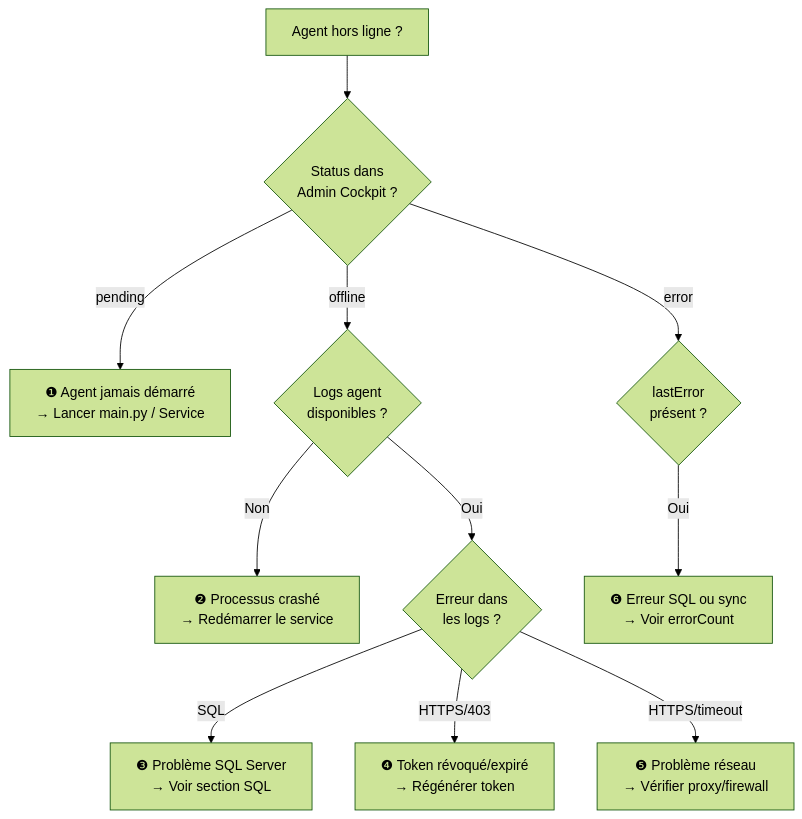
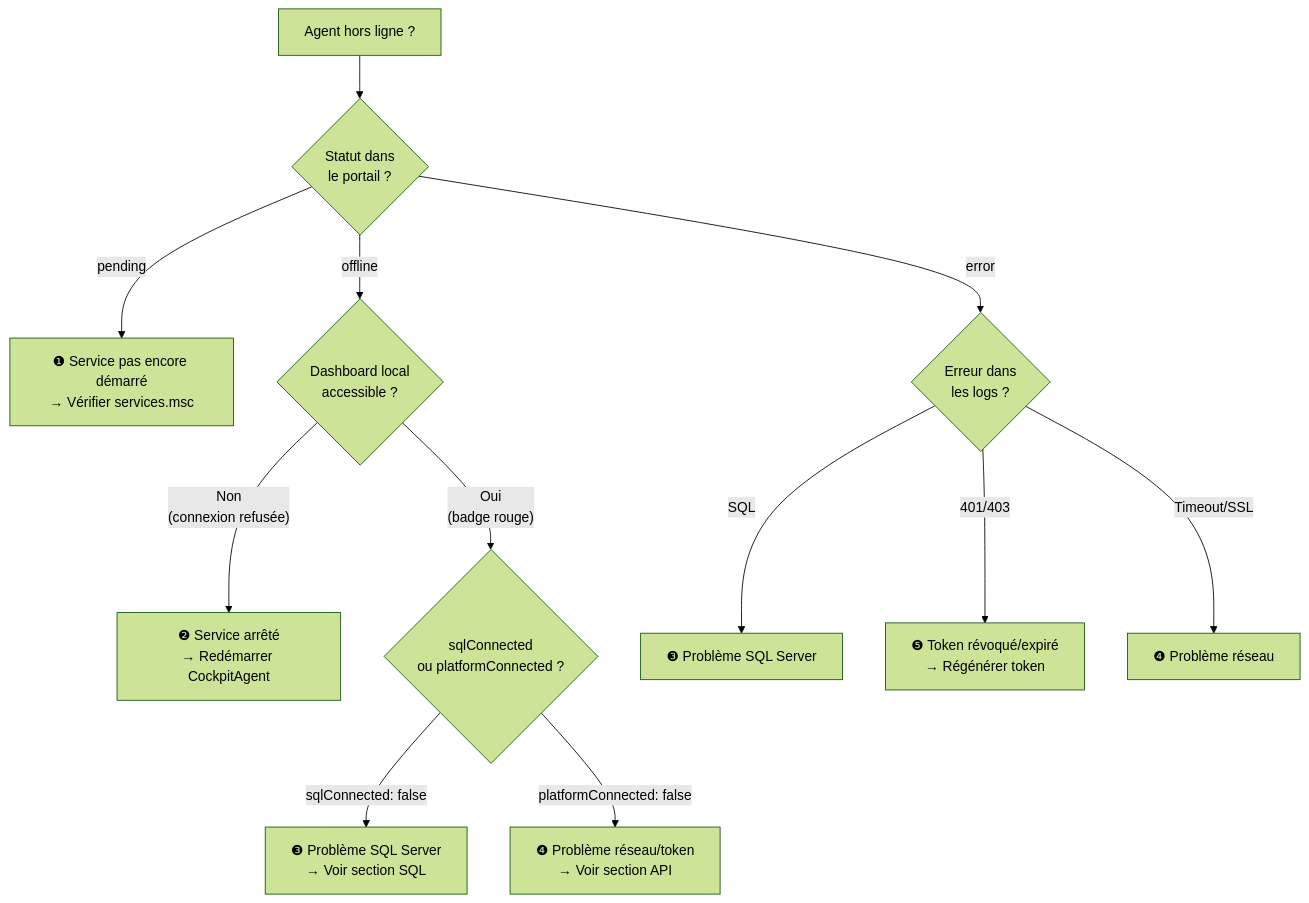
Before and after one commit to AbdoulDiouf2/Insightsage_backend: the diagram in docs/agent/troubleshooting.md, drawn with Mermaid (forest theme). The commit also changed other lines of this file and 14 other files, not shown here.

Commit message:
feat: implement backend support for Cockpit Agent including authentication, ingestion, and documentation.

````diff
--- a/docs/agent/troubleshooting.md
+++ b/docs/agent/troubleshooting.md
@@ -10,16 +10,17 @@
 ```mermaid
 graph TD
-    START["Agent hors ligne ?"] --> CHECK1{"Status dans\nAdmin Cockpit ?"}
-    CHECK1 -->|"pending"| FIX1["❶ Agent jamais démarré\n→ Lancer main.py / Service"]
-    CHECK1 -->|"offline"| CHECK2{"Logs agent\ndisponibles ?"}
-    CHECK1 -->|"error"| CHECK3{"lastError\nprésent ?"}
+    START["Agent hors ligne ?"] --> CHECK1{"Statut dans\nle portail ?"}
+    CHECK1 -->|"pending"| FIX1["❶ Service pas encore démarré\n→ Vérifier services.msc"]
+    CHECK1 -->|"offline"| CHECK2{"Dashboard local\naccessible ?"}
+    CHECK1 -->|"error"| CHECK4{"Erreur dans\nles logs ?"}
 
-    CHECK2 -->|"Non"| FIX2["❷ Processus crashé\n→ Redémarrer le service"]
-    CHECK2 -->|"Oui"| CHECK4{"Erreur dans\nles logs ?"}
+    CHECK2 -->|"Non\n(connexion refusée)"| FIX2["❷ Service arrêté\n→ Redémarrer CockpitAgent"]
+    CHECK2 -->|"Oui\n(badge rouge)"| CHECK3{"sqlConnected\nou platformConnected ?"}
 
-    CHECK4 -->|"SQL"| FIX3["❸ Problème SQL Server\n→ Voir section SQL"]
-    CHECK4 -->|"HTTPS/403"| FIX4["❹ Token révoqué/expiré\n→ Régénérer token"]
-    CHECK4 -->|"HTTPS/timeout"| FIX5["❺ Problème réseau\n→ Vérifier proxy/firewall"]
+    CHECK3 -->|"sqlConnected: false"| FIX3["❸ Problème SQL Server\n→ Voir section SQL"]
+    CHECK3 -->|"platformConnected: false"| FIX4["❹ Problème réseau/token\n→ Voir section API"]
 
-    CHECK3 -->|"Oui"| FIX6["❻ Erreur SQL ou sync\n→ Voir errorCount"]
+    CHECK4 -->|"SQL"| FIX5["❸ Problème SQL Server"]
+    CHECK4 -->|"401/403"| FIX6["❺ Token révoqué/expiré\n→ Régénérer token"]
+    CHECK4 -->|"Timeout/SSL"| FIX7["❹ Problème réseau"]
 ```
````
